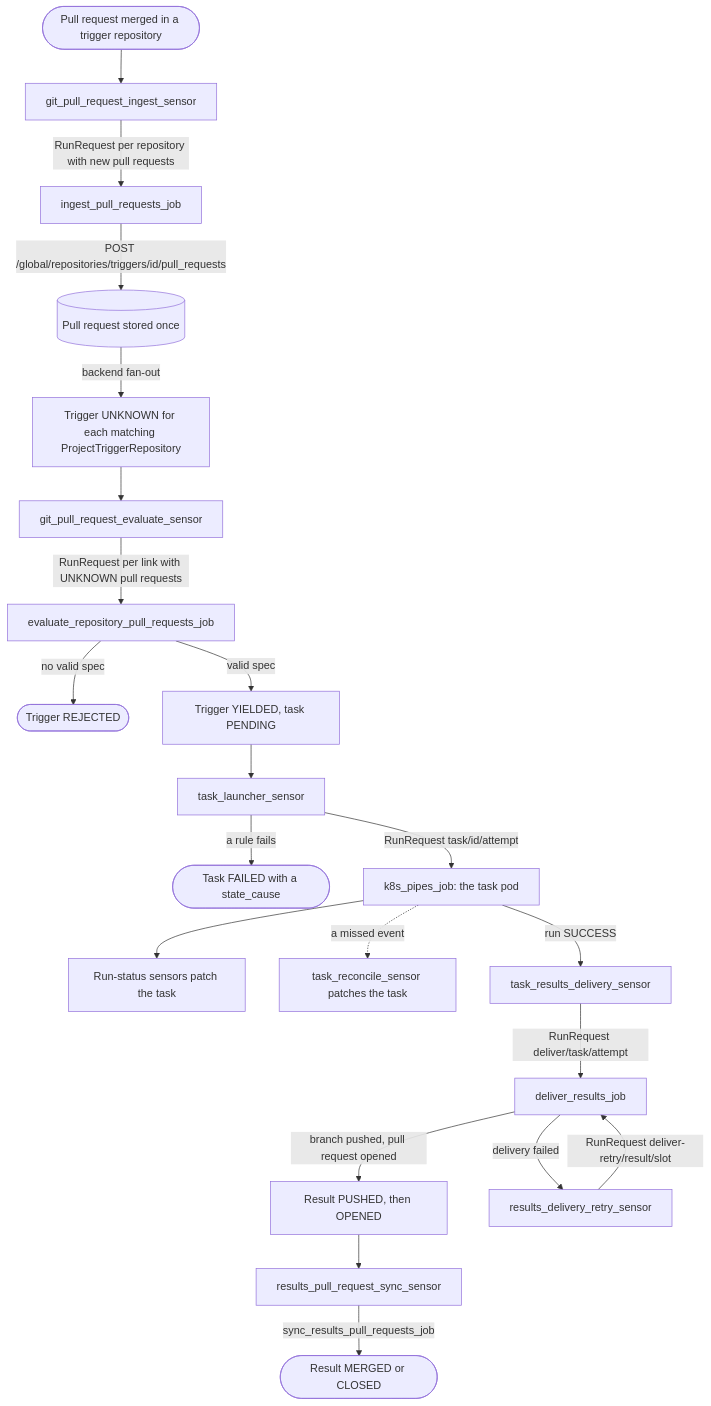
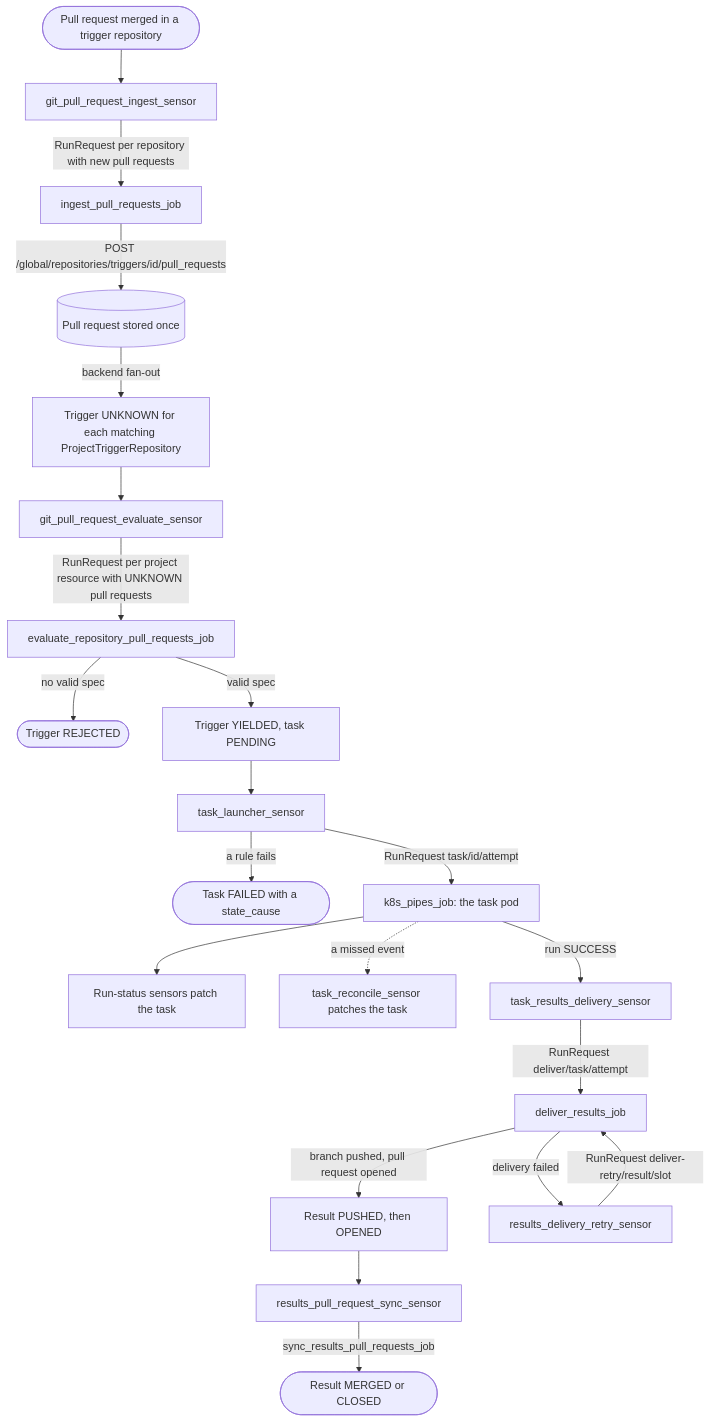
Before and after one commit to Aridhia-Open-Source/PHEMS_federated_node: the diagram in docs/architecture/sensors/README.md, drawn with Mermaid. The commit also changed other lines of this file and 132 other files, not shown here.

````diff
--- a/docs/architecture/sensors/README.md
+++ b/docs/architecture/sensors/README.md
@@ -28,23 +28,23 @@
 ```mermaid
 flowchart TD
     A([Pull request merged in a trigger repository]) --> B["git_pull_request_ingest_sensor"]
     B -->|"RunRequest per repository with new pull requests"| C["ingest_pull_requests_job"]
     C -->|"POST /global/repositories/triggers/id/pull_requests"| D[("Pull request stored once")]
     D -->|"backend fan-out"| E["Trigger UNKNOWN for each matching ProjectTriggerRepository"]
     E --> F["git_pull_request_evaluate_sensor"]
-    F -->|"RunRequest per link with UNKNOWN pull requests"| G["evaluate_repository_pull_requests_job"]
+    F -->|"RunRequest per project resource with UNKNOWN pull requests"| G["evaluate_repository_pull_requests_job"]
     G -->|"no valid spec"| H(["Trigger REJECTED"])
     G -->|"valid spec"| I["Trigger YIELDED, task PENDING"]
     I --> J["task_launcher_sensor"]
     J -->|"a rule fails"| L(["Task FAILED with a state_cause"])
     J -->|"RunRequest task/id/attempt"| K["k8s_pipes_job: the task pod"]
     K --> M["Run-status sensors patch the task"]
     K -.->|"a missed event"| T["task_reconcile_sensor patches the task"]
     K -->|"run SUCCESS"| N["task_results_delivery_sensor"]
     N -->|"RunRequest deliver/task/attempt"| O["deliver_results_job"]
     O -->|"branch pushed, pull request opened"| P["Result PUSHED, then OPENED"]
     O -->|"delivery failed"| Q["results_delivery_retry_sensor"]
     Q -->|"RunRequest deliver-retry/result/slot"| O
     P --> R["results_pull_request_sync_sensor"]
     R -->|"sync_results_pull_requests_job"| S(["Result MERGED or CLOSED"])
 ```
````
